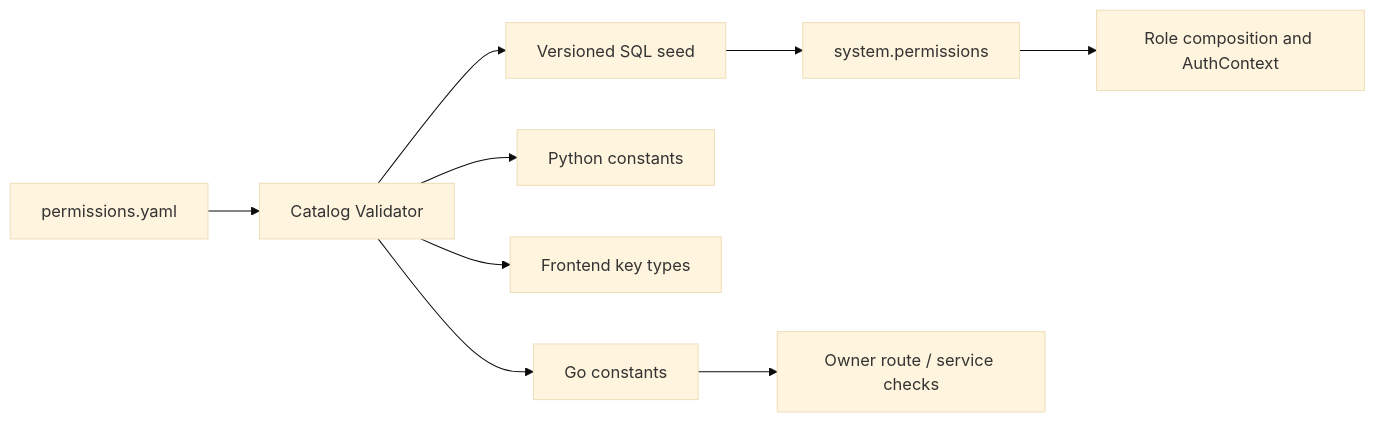
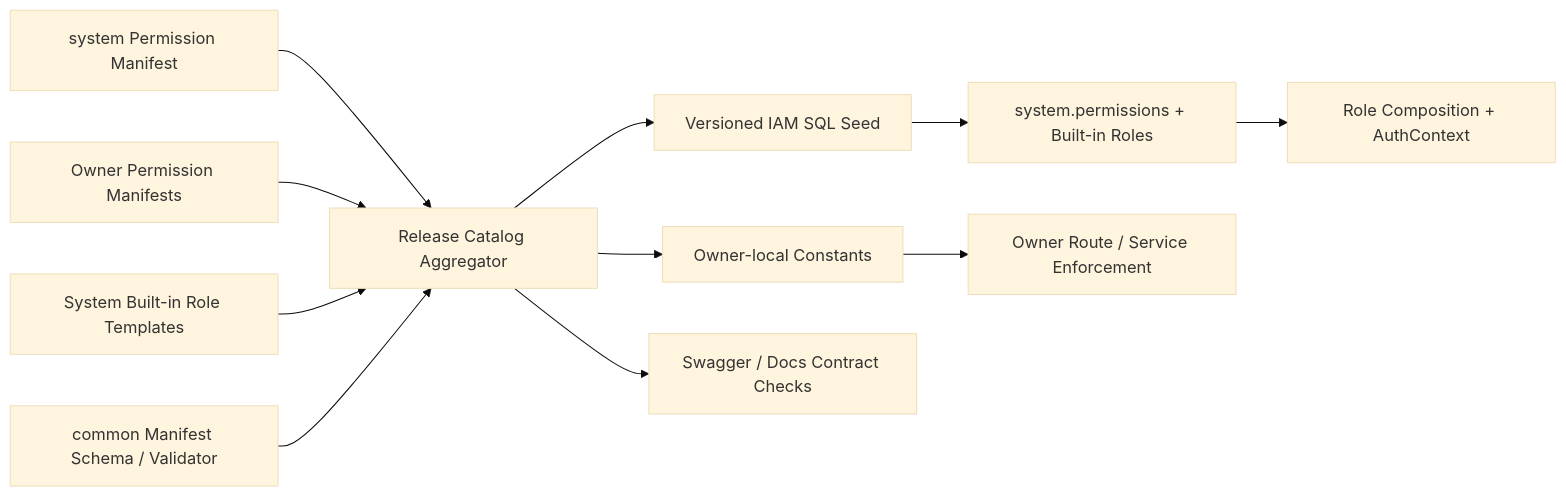
Before and after one commit to pampa0629/addp: the diagram in docs/next/addp-IAM权限目录与角色矩阵设计.md, drawn with Mermaid (base theme). The commit also changed other lines of this file and 529 other files, not shown here.

````diff
--- a/docs/next/addp-IAM权限目录与角色矩阵设计.md
+++ b/docs/next/addp-IAM权限目录与角色矩阵设计.md
@@ -77,11 +99,13 @@
 ```mermaid
 flowchart LR
-    Manifest["permissions.yaml"] --> Validator["Catalog Validator"]
-    Validator --> Go["Go constants"]
-    Validator --> Python["Python constants"]
-    Validator --> Frontend["Frontend key types"]
-    Validator --> SQL["Versioned SQL seed"]
-    SQL --> System["system.permissions"]
-    Go --> Owner["Owner route / service checks"]
-    System --> IAM["Role composition and AuthContext"]
+    SystemManifest["system Permission Manifest"] --> Aggregator["Release Catalog Aggregator"]
+    OwnerManifest["Owner Permission Manifests"] --> Aggregator
+    RoleManifest["System Built-in Role Templates"] --> Aggregator
+    Schema["common Manifest Schema / Validator"] --> Aggregator
+    Aggregator --> SQL["Versioned IAM SQL Seed"]
+    Aggregator --> Local["Owner-local Constants"]
+    Aggregator --> Contract["Swagger / Docs Contract Checks"]
+    SQL --> Catalog["system.permissions + Built-in Roles"]
+    Catalog --> IAM["Role Composition + AuthContext"]
+    Local --> Owner["Owner Route / Service Enforcement"]
 ```
````
